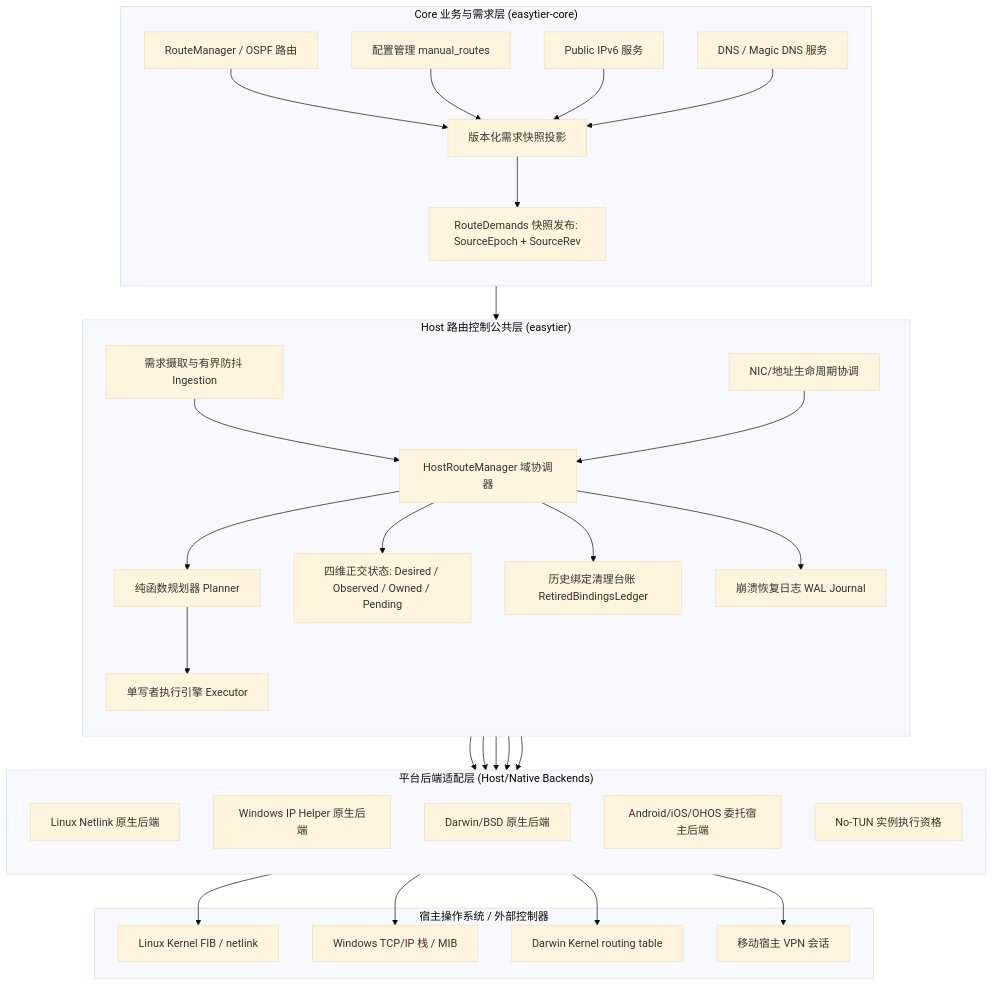
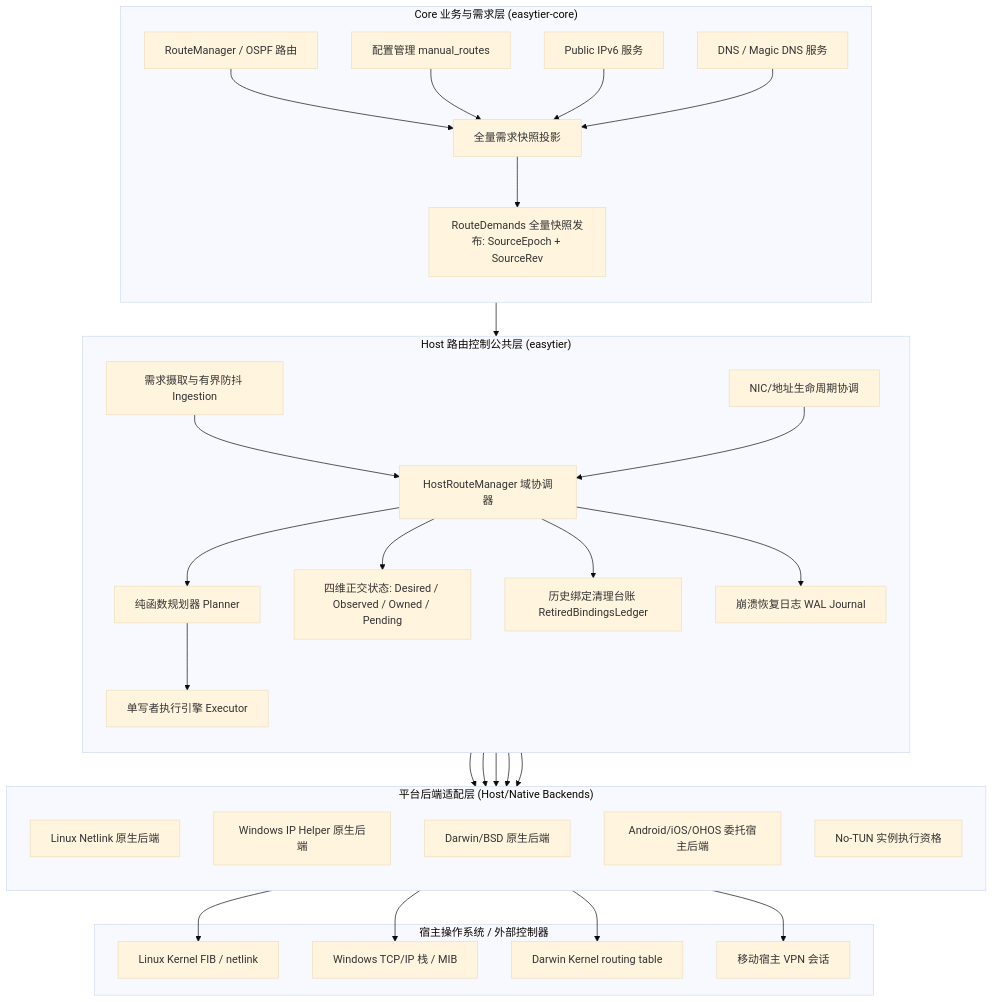
The first of 4 diagrams in docs/host-route-manager-step1-audit-and-contract.md (ZnqbuZ/EasyTier), drawn with Mermaid (base theme) before and after one commit. The commit also changed other lines of this file and 1 other file, not shown here.

Commit message:
HostRouteManager plan: step 1 review 3

````diff
--- a/docs/host-route-manager-step1-audit-and-contract.md
+++ b/docs/host-route-manager-step1-audit-and-contract.md
@@ -17,39 +17,39 @@
 ```mermaid
 flowchart TD
     subgraph Core ["Core 业务与需求层 (easytier-core)"]
         direction TB
-        C1[RouteManager / OSPF 路由] --> RSnap[版本化需求快照投影]
+        C1[RouteManager / OSPF 路由] --> RSnap[全量需求快照投影]
         C2[配置管理 manual_routes] --> RSnap
         C3[Public IPv6 服务] --> RSnap
         C4[DNS / Magic DNS 服务] --> RSnap
-        RSnap --> Demands[RouteDemands 快照发布: SourceEpoch + SourceRev]
+        RSnap --> Demands[RouteDemands 全量快照发布: SourceEpoch + SourceRev]
     end
 
     subgraph HostControl ["Host 路由控制公共层 (easytier)"]
         direction TB
         Demands --> Ingest[需求摄取与有界防抖 Ingestion]
         Ingest --> Coord[HostRouteManager 域协调器]
         NICLife[NIC/地址生命周期协调] --> Coord
         Coord --> Planner[纯函数规划器 Planner]
         Coord --> FourDState[四维正交状态: Desired / Observed / Owned / Pending]
         Coord --> Ledger[历史绑定清理台账 RetiredBindingsLedger]
         Coord --> Journal[崩溃恢复日志 WAL Journal]
         Planner --> Executor[单写者执行引擎 Executor]
     end
 
     subgraph Adapters ["平台后端适配层 (Host/Native Backends)"]
         direction TB
         Executor --> LinuxBE[Linux Netlink 原生后端]
         Executor --> WinBE[Windows IP Helper 原生后端]
         Executor --> DarwinBE[Darwin/BSD 原生后端]
         Executor --> DelegatedBE[Android/iOS/OHOS 委托宿主后端]
         Executor --> NoTunBE[No-TUN 实例执行资格]
     end
 
     subgraph OS ["宿主操作系统 / 外部控制器"]
         LinuxBE --> LKernel[Linux Kernel FIB / netlink]
         WinBE --> WKernel[Windows TCP/IP 栈 / MIB]
         DarwinBE --> DKernel[Darwin Kernel routing table]
         DelegatedBE --> MobileVPN[移动宿主 VPN 会话]
     end
 ```
````
